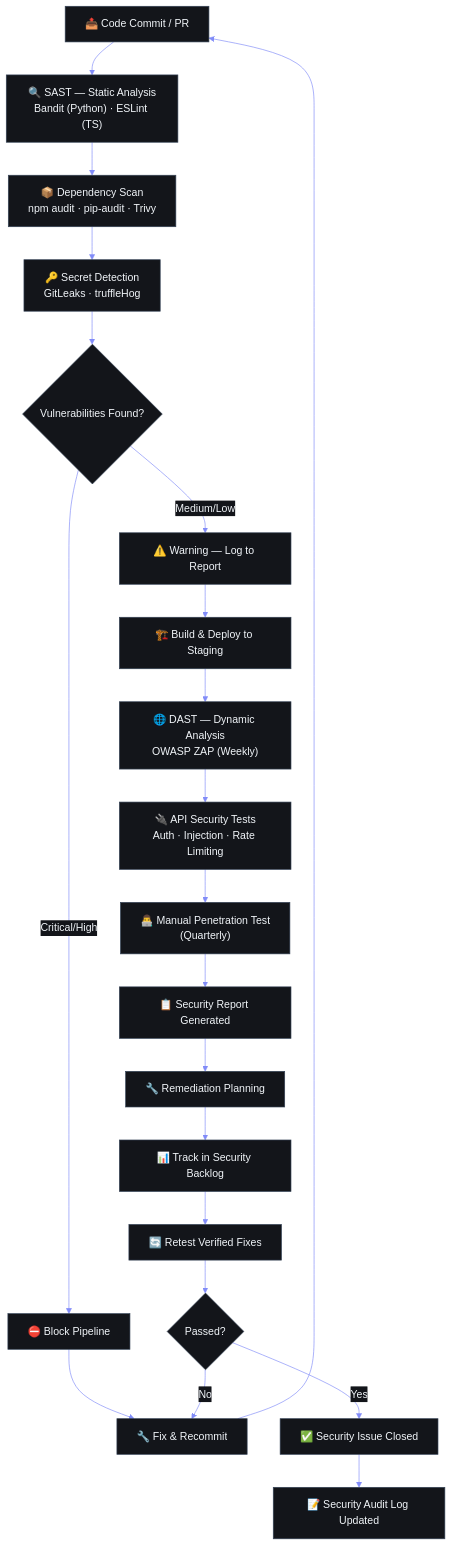
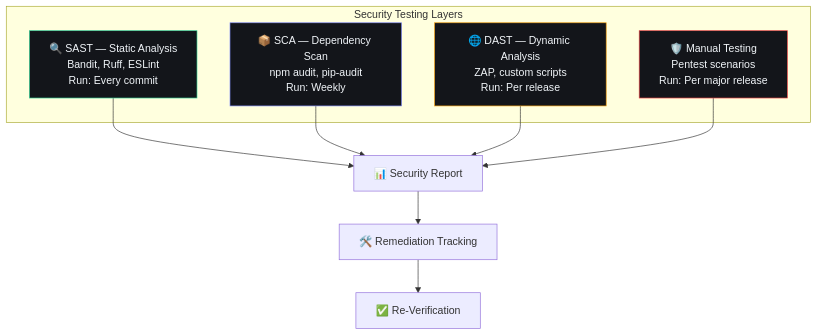
One commit to rohitkumarnaidu/ARIA-OS---SecondBrain- changed the diagram in docs/qa/SecurityTesting.md. Above: the diagram before and after it, drawn with Mermaid. The commit also changed other lines of this file and 9 other files, not shown here.

````diff
--- a/docs/qa/SecurityTesting.md
+++ b/docs/qa/SecurityTesting.md
@@ -3,24 +34,21 @@
 ```mermaid
-%%{init: {'theme':'base','themeVariables':{'primaryColor':'#6366F1','primaryTextColor':'#F1F5F9','primaryBorderColor':'#6366F1','lineColor':'#818CF8','secondaryColor':'#13151A','tertiaryColor':'#0A0B0F','background':'#0A0B0F','mainBkg':'#13151A','nodeBorder':'#334155','clusterBkg':'#0A0B0F','clusterBorder':'#1E293B','titleColor':'#F1F5F9','edgeLabelBackground':'#13151A','nodeTextColor':'#F1F5F9'}}}%%
-flowchart TD
-    Commit["📤 Code Commit / PR"] --> SAST["🔍 SAST — Static Analysis<br/>Bandit (Python) · ESLint (TS)"]
-    SAST --> DepScan["📦 Dependency Scan<br/>npm audit · pip-audit · Trivy"]
-    DepScan --> SecretScan["🔑 Secret Detection<br/>GitLeaks · truffleHog"]
-    SecretScan --> VulnFound{"Vulnerabilities Found?"}
-    VulnFound -->|Critical/High| Block["⛔ Block Pipeline"]
-    VulnFound -->|Medium/Low| Warn["⚠️ Warning — Log to Report"]
-    Block --> Fix["🔧 Fix & Recommit"]
-    Fix --> Commit
-    Warn --> Build["🏗️ Build & Deploy to Staging"]
-    Build --> DAST["🌐 DAST — Dynamic Analysis<br/>OWASP ZAP (Weekly)"]
-    DAST --> APISec["🔌 API Security Tests<br/>Auth · Injection · Rate Limiting"]
-    APISec --> Manual["👨‍💻 Manual Penetration Test<br/>(Quarterly)"]
-    Manual --> Report["📋 Security Report Generated"]
-    Report --> Remediate["🔧 Remediation Planning"]
-    Remediate --> Track["📊 Track in Security Backlog"]
-    Track --> Retest["🔄 Retest Verified Fixes"]
-    Retest --> Passed{"Passed?"}
-    Passed -->|Yes| Close2["✅ Security Issue Closed"]
-    Passed -->|No| Fix
-    Close2 --> Audit["📝 Security Audit Log Updated"]
+graph TD
+    subgraph TestingLayers["Security Testing Layers"]
+        SAST["🔍 SAST — Static Analysis<br/>Bandit, Ruff, ESLint<br/>Run: Every commit"]
+        SCA["📦 SCA — Dependency Scan<br/>npm audit, pip-audit<br/>Run: Weekly"]
+        DAST["🌐 DAST — Dynamic Analysis<br/>ZAP, custom scripts<br/>Run: Per release"]
+        Manual["🛡️ Manual Testing<br/>Pentest scenarios<br/>Run: Per major release"]
+    end
+
+    SAST --> Results["📊 Security Report"]
+    SCA --> Results
+    DAST --> Results
+    Manual --> Results
+    Results --> Remediation["🛠️ Remediation Tracking"]
+    Remediation --> ReTest["✅ Re-Verification"]
+
+    style SAST fill:#13151A,stroke:#34D399,color:#F1F5F9
+    style SCA fill:#13151A,stroke:#818CF8,color:#F1F5F9
+    style DAST fill:#13151A,stroke:#F59E0B,color:#F1F5F9
+    style Manual fill:#13151A,stroke:#EF4444,color:#F1F5F9
 ```
````
